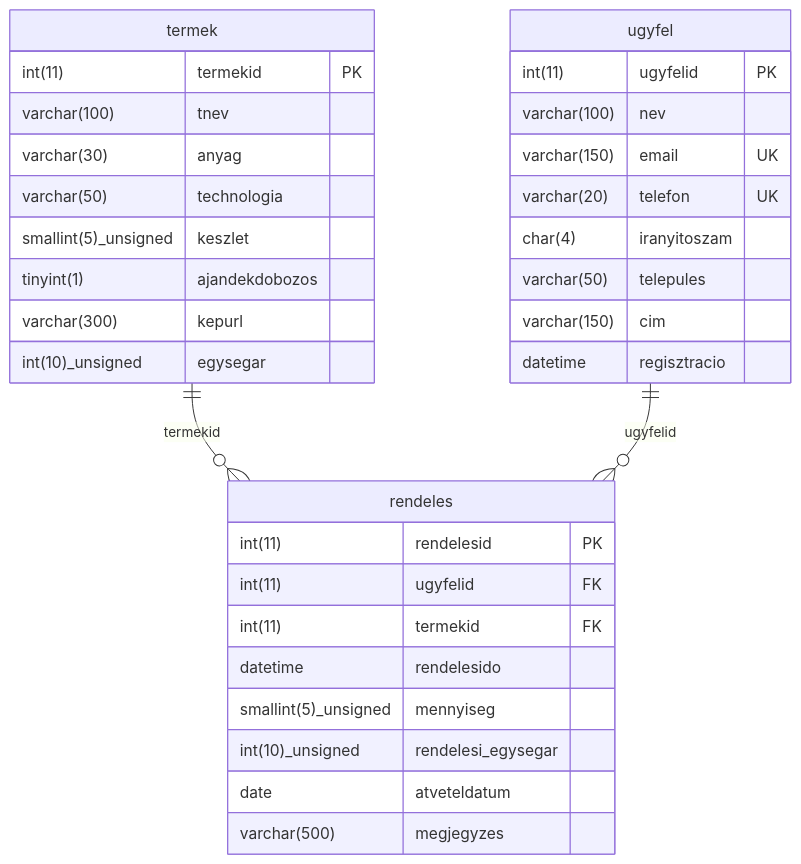
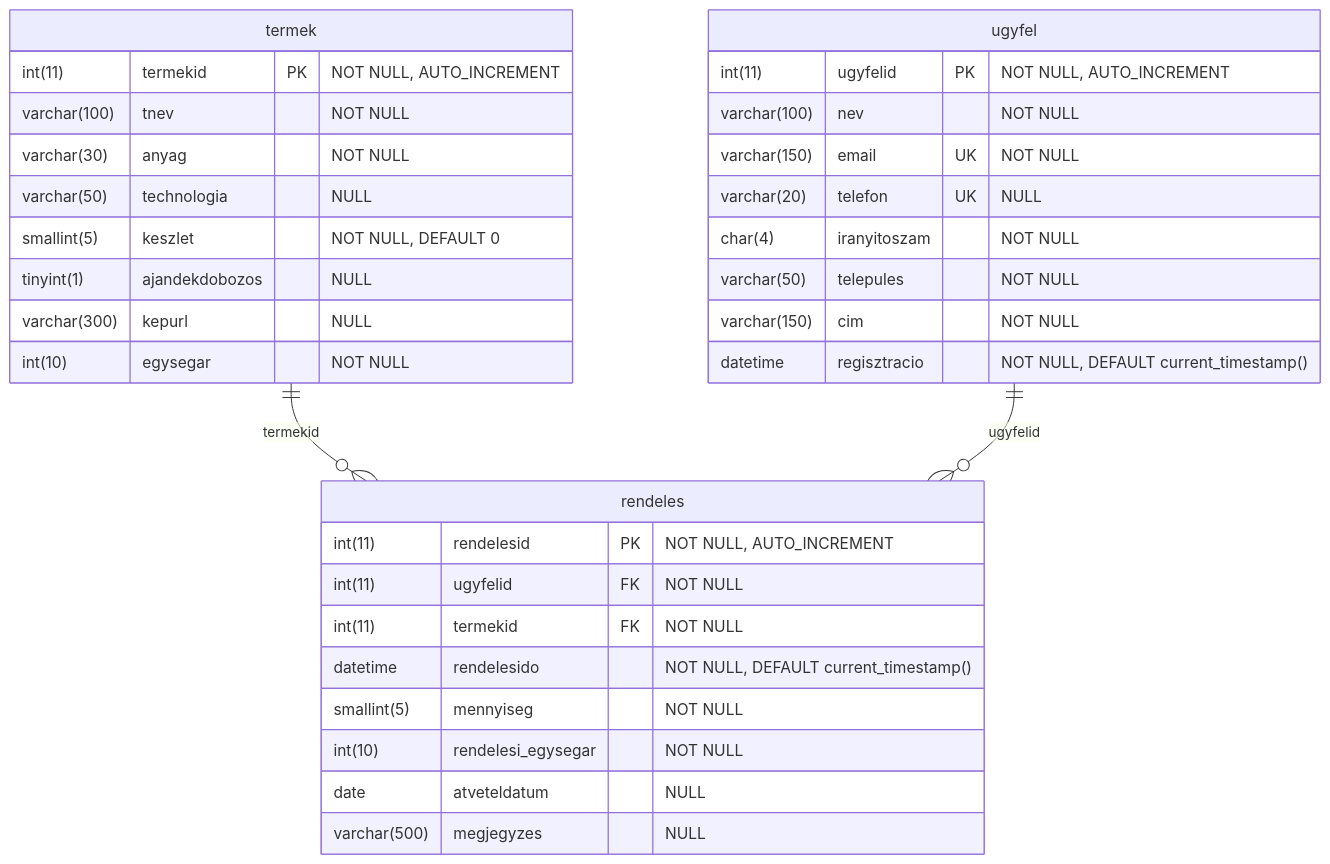
One commit to JuhaszZoltan/SZFT260928 changed the diagram in gravirmuhely.mmd. Above: the diagram before and after it, drawn with Mermaid. The commit also changed 1 other file, not shown here.

Commit message:
updt diagram

```diff
--- a/gravirmuhely.mmd
+++ b/gravirmuhely.mmd
@@ -1,36 +1,36 @@
 erDiagram
     termek ||--o{ rendeles : "termekid"
     ugyfel ||--o{ rendeles : "ugyfelid"
 
     termek {
-        int(11) termekid PK
-        varchar(100) tnev
-        varchar(30) anyag
-        varchar(50) technologia
-        smallint(5)_unsigned keszlet
-        tinyint(1) ajandekdobozos
-        varchar(300) kepurl
-        int(10)_unsigned egysegar
+        int(11) termekid PK "NOT NULL, AUTO_INCREMENT"
+        varchar(100) tnev "NOT NULL"
+        varchar(30) anyag "NOT NULL"
+        varchar(50) technologia "NULL"
+        smallint(5) keszlet "NOT NULL, DEFAULT 0"
+        tinyint(1) ajandekdobozos "NULL"
+        varchar(300) kepurl "NULL"
+        int(10) egysegar "NOT NULL"
     }
 
     rendeles {
-        int(11) rendelesid PK
-        int(11) ugyfelid FK
-        int(11) termekid FK
-        datetime rendelesido
-        smallint(5)_unsigned mennyiseg
-        int(10)_unsigned rendelesi_egysegar
-        date atveteldatum
-        varchar(500) megjegyzes
+        int(11) rendelesid PK "NOT NULL, AUTO_INCREMENT"
+        int(11) ugyfelid FK "NOT NULL"
+        int(11) termekid FK "NOT NULL"
+        datetime rendelesido "NOT NULL, DEFAULT current_timestamp()"
+        smallint(5) mennyiseg "NOT NULL"
+        int(10) rendelesi_egysegar "NOT NULL"
+        date atveteldatum "NULL"
+        varchar(500) megjegyzes "NULL"
     }
 
     ugyfel {
-        int(11) ugyfelid PK
-        varchar(100) nev
-        varchar(150) email UK
-        varchar(20) telefon UK
-        char(4) iranyitoszam
-        varchar(50) telepules
-        varchar(150) cim
-        datetime regisztracio
+        int(11) ugyfelid PK "NOT NULL, AUTO_INCREMENT"
+        varchar(100) nev "NOT NULL"
+        varchar(150) email UK "NOT NULL"
+        varchar(20) telefon UK "NULL"
+        char(4) iranyitoszam "NOT NULL"
+        varchar(50) telepules "NOT NULL"
+        varchar(150) cim "NOT NULL"
+        datetime regisztracio "NOT NULL, DEFAULT current_timestamp()"
     }
```
